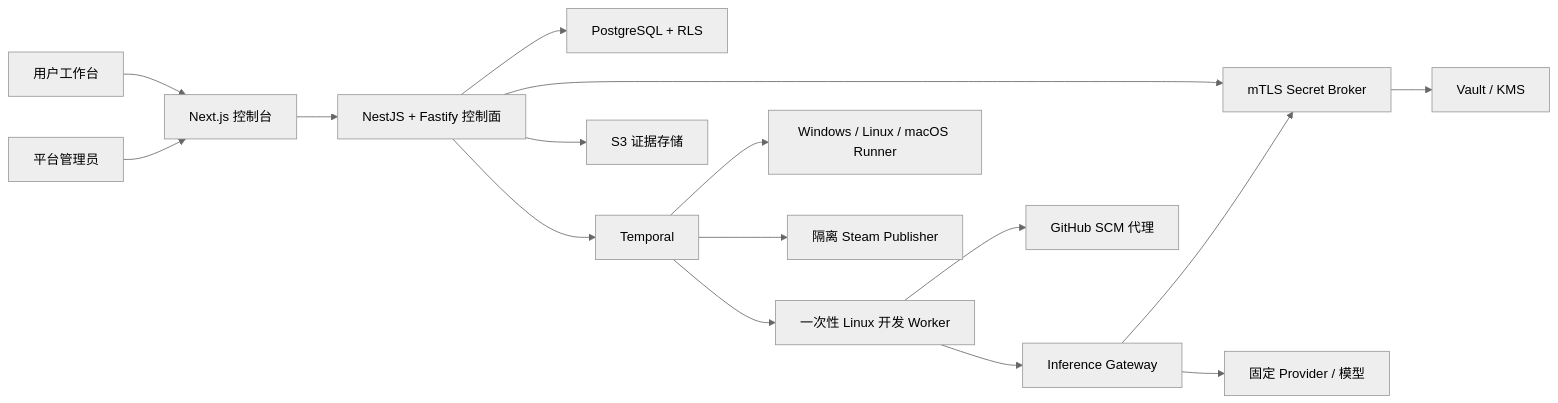
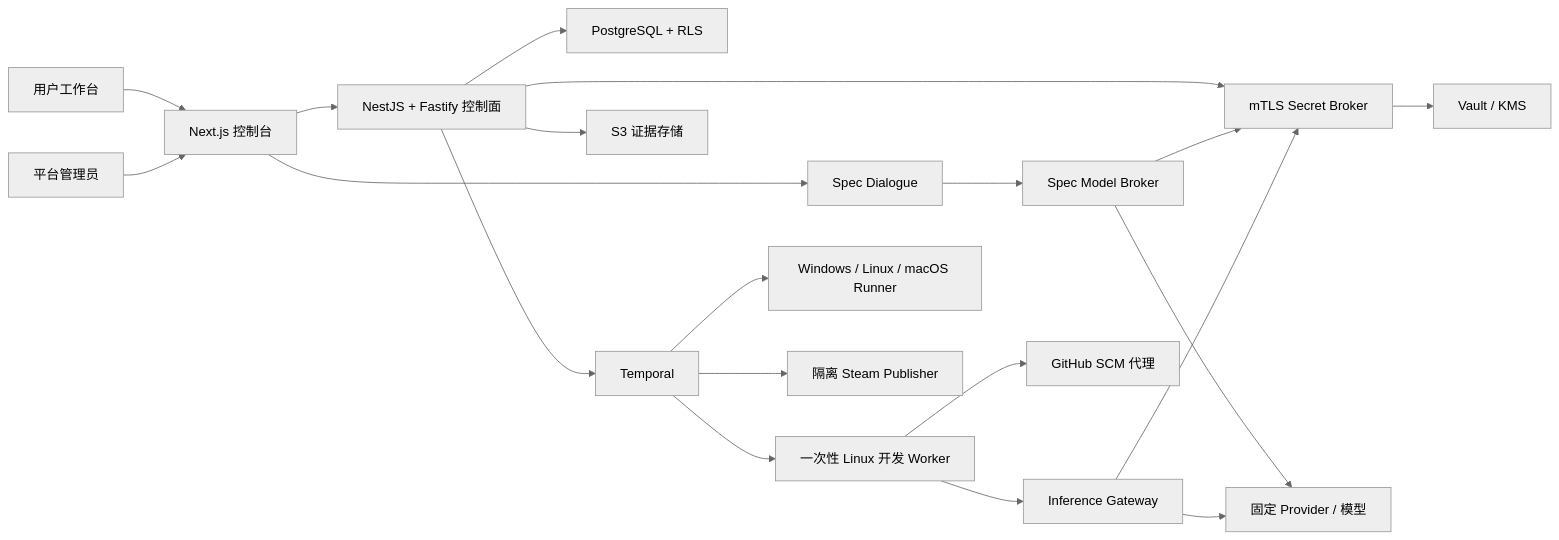
Before and after one commit to asssaver97/DeviLudo: the diagram in README.md, drawn with Mermaid (neutral theme). The commit also changed other lines of this file and 38 other files, not shown here.

Commit message:
feat: add production specification model broker

````diff
--- a/README.md
+++ b/README.md
@@ -50,18 +51,22 @@
 ```mermaid
 flowchart LR
   U["用户工作台"] --> C["Next.js 控制台"]
   A["平台管理员"] --> C
   C --> API["NestJS + Fastify 控制面"]
   API --> PG["PostgreSQL + RLS"]
   API --> T["Temporal"]
   API --> SB["mTLS Secret Broker"]
   SB --> V["Vault / KMS"]
+  C --> SD["Spec Dialogue"]
+  SD --> SM["Spec Model Broker"]
+  SM --> SB
+  SM --> P
   API --> S3["S3 证据存储"]
   T --> DEV["一次性 Linux 开发 Worker"]
   DEV --> GW["Inference Gateway"]
   GW --> SB
   GW --> P["固定 Provider / 模型"]
   DEV --> SCM["GitHub SCM 代理"]
   T --> E2E["Windows / Linux / macOS Runner"]
   T --> ST["隔离 Steam Publisher"]
 ```
````
